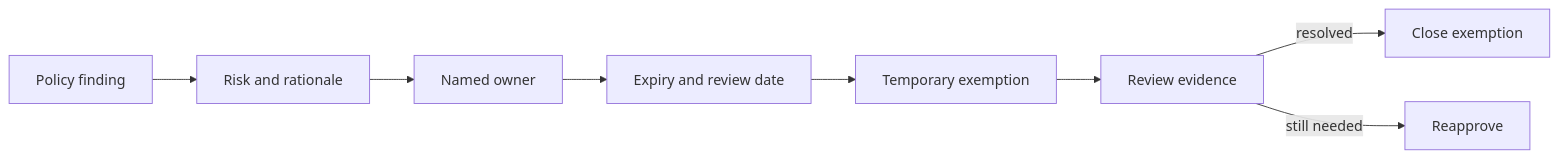
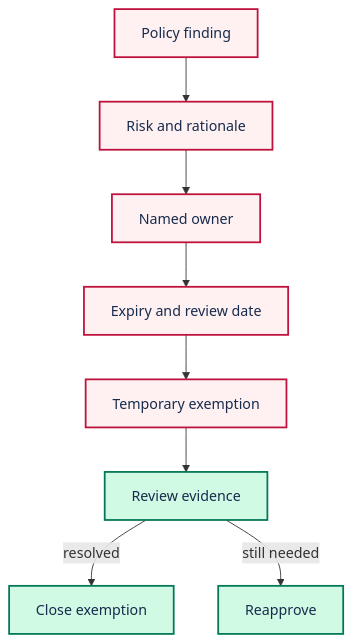
The diagram in site/content/docs/video-policy-exemption-expiry-owner.md (Acestus/portfolio), drawn with Mermaid before and after one commit. The commit also changed 20 other files, not shown here.

Commit message:
Apply Mermaid and Pele style to video guides (#58)

````diff
--- a/site/content/docs/video-policy-exemption-expiry-owner.md
+++ b/site/content/docs/video-policy-exemption-expiry-owner.md
@@ -27,10 +27,16 @@
 ```mermaid
-flowchart LR
+flowchart TD
+  accTitle: Azure Policy exemptions with an expiry and owner
   F[Policy finding] --> R[Risk and rationale]
   R --> O[Named owner]
   O --> X[Expiry and review date]
   X --> E[Temporary exemption]
   E --> V[Review evidence]
   V -->|resolved| C[Close exemption]
   V -->|still needed| A[Reapprove]
+
+  classDef primary fill:#FFF1F2,stroke:#BE123C,color:#172B4D,stroke-width:2px
+  classDef secondary fill:#D1FAE5,stroke:#047857,color:#172B4D,stroke-width:2px
+  class F,R,O,X,E primary
+  class V,C,A secondary
 ```
````
